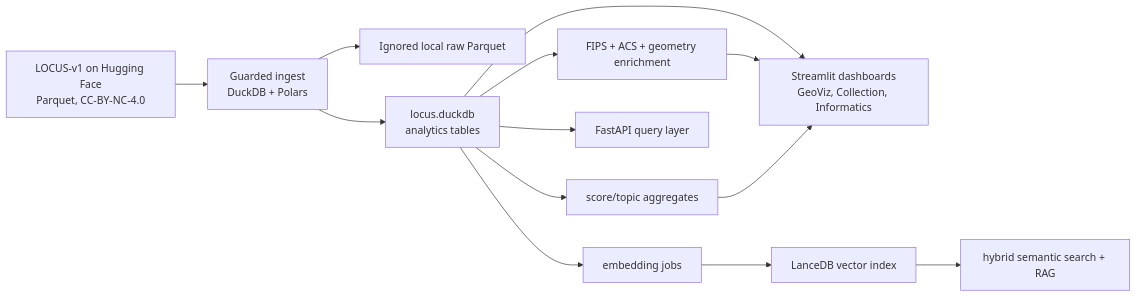
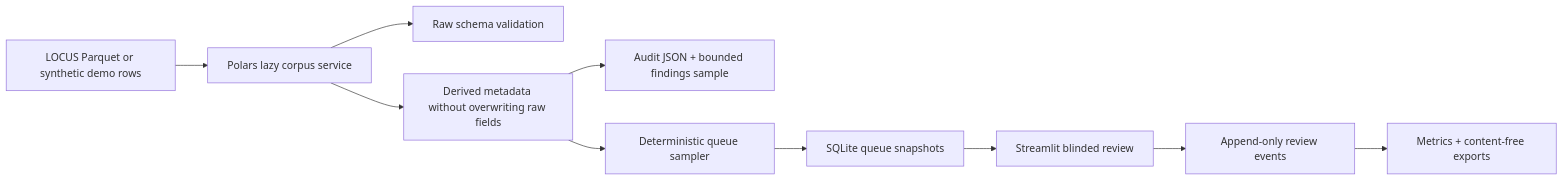
The diagram in docs/local-law-analytics-platform.md (evcatalyst/evolocus), drawn with Mermaid before and after one commit. The commit also changed other lines of this file and 44 other files, not shown here.

Commit message:
feat: add Polars-first LOCUS evaluation workbench

````diff
--- a/docs/local-law-analytics-platform.md
+++ b/docs/local-law-analytics-platform.md
@@ -24,15 +46,12 @@
 ```mermaid
 flowchart LR
-  HF["LOCUS-v1 on Hugging Face<br/>Parquet, CC-BY-NC-4.0"] --> Ingest["Guarded ingest<br/>DuckDB + Polars"]
-  Ingest --> Raw["Ignored local raw Parquet"]
-  Ingest --> DB["locus.duckdb<br/>analytics tables"]
-  DB --> Geo["FIPS + ACS + geometry enrichment"]
-  DB --> Metrics["score/topic aggregates"]
-  DB --> Streamlit["Streamlit dashboards<br/>GeoViz, Collection, Informatics"]
-  DB --> API["FastAPI query layer"]
-  DB --> EmbedJobs["embedding jobs"]
-  EmbedJobs --> Lance["LanceDB vector index"]
-  Lance --> RAG["hybrid semantic search + RAG"]
-  Geo --> Streamlit
-  Metrics --> Streamlit
+  A["LOCUS Parquet or synthetic demo rows"] --> B["Polars lazy corpus service"]
+  B --> C["Raw schema validation"]
+  B --> D["Derived metadata without overwriting raw fields"]
+  D --> E["Audit JSON + bounded findings sample"]
+  D --> F["Deterministic queue sampler"]
+  F --> G["SQLite queue snapshots"]
+  G --> H["Streamlit blinded review"]
+  H --> I["Append-only review events"]
+  I --> J["Metrics + content-free exports"]
 ```
````
